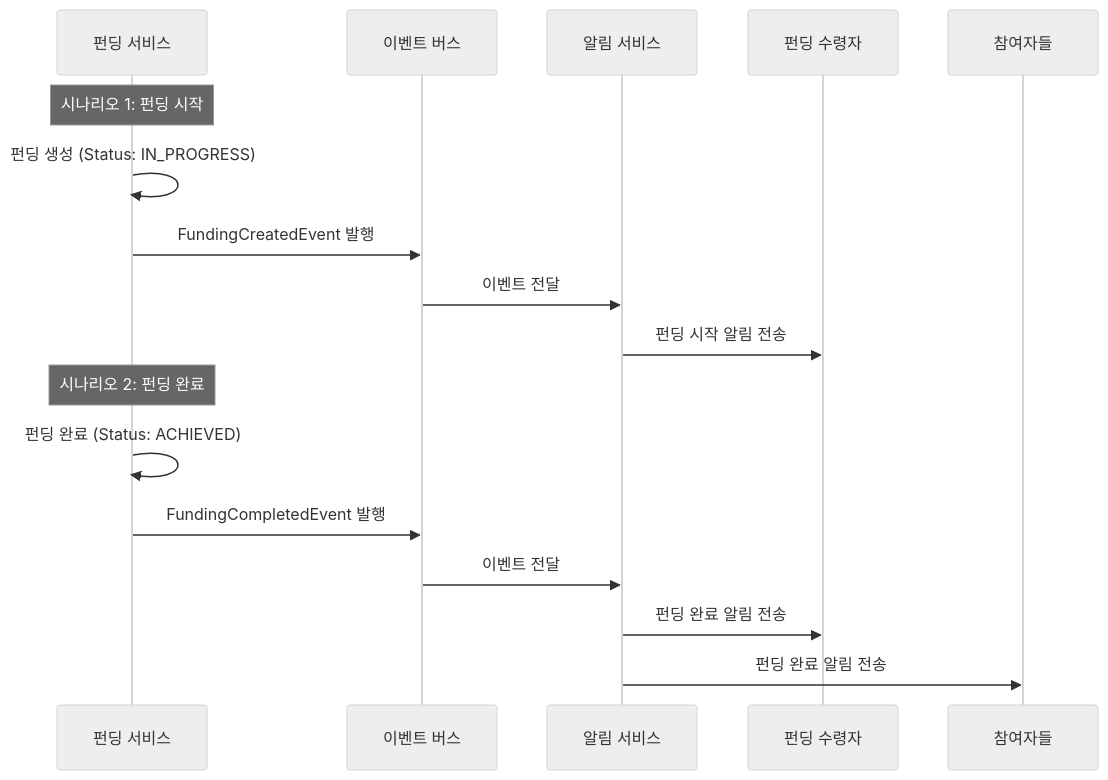
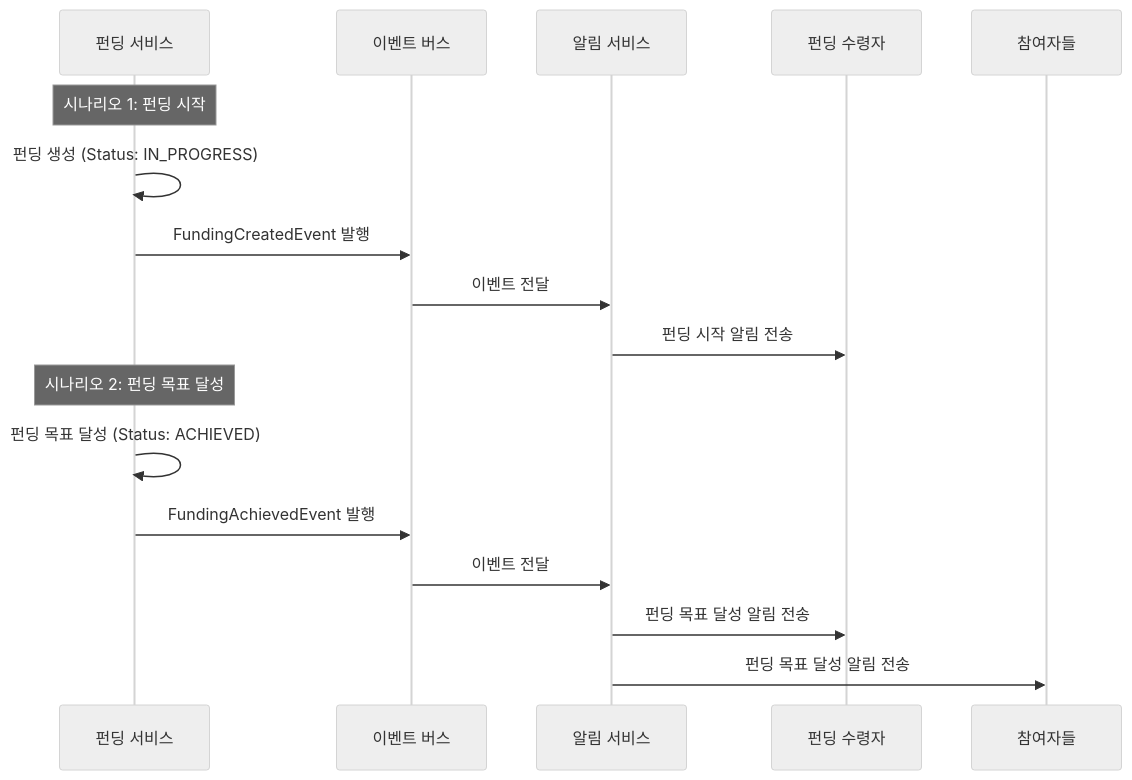
The diagram in docs/sequences/4.7-funding-notification.md (prgrms-be-adv-devcourse/beadv4_4_Team201_BE), drawn with Mermaid (neutral theme) before and after one commit. The commit also changed other lines of this file and 48 other files, not shown here.

````diff
--- a/docs/sequences/4.7-funding-notification.md
+++ b/docs/sequences/4.7-funding-notification.md
@@ -5,23 +5,23 @@
 ```mermaid
 sequenceDiagram
     participant FundingService as 펀딩 서비스
     participant EventBus as 이벤트 버스
     participant NotificationService as 알림 서비스
     participant Receiver as 펀딩 수령자
     participant Participants as 참여자들
 
     Note over FundingService: 시나리오 1: 펀딩 시작
 
     FundingService->>FundingService: 펀딩 생성 (Status: IN_PROGRESS)
     FundingService->>EventBus: FundingCreatedEvent 발행
     EventBus->>NotificationService: 이벤트 전달
     NotificationService->>Receiver: 펀딩 시작 알림 전송
 
-    Note over FundingService: 시나리오 2: 펀딩 완료
+    Note over FundingService: 시나리오 2: 펀딩 목표 달성
 
-    FundingService->>FundingService: 펀딩 완료 (Status: ACHIEVED)
-    FundingService->>EventBus: FundingCompletedEvent 발행
+    FundingService->>FundingService: 펀딩 목표 달성 (Status: ACHIEVED)
+    FundingService->>EventBus: FundingAchievedEvent 발행
     EventBus->>NotificationService: 이벤트 전달
-    NotificationService->>Receiver: 펀딩 완료 알림 전송
-    NotificationService->>Participants: 펀딩 완료 알림 전송
+    NotificationService->>Receiver: 펀딩 목표 달성 알림 전송
+    NotificationService->>Participants: 펀딩 목표 달성 알림 전송
 ```
````
